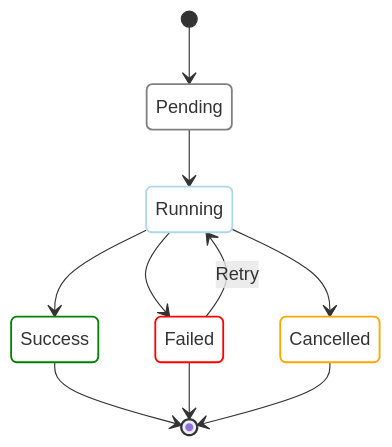
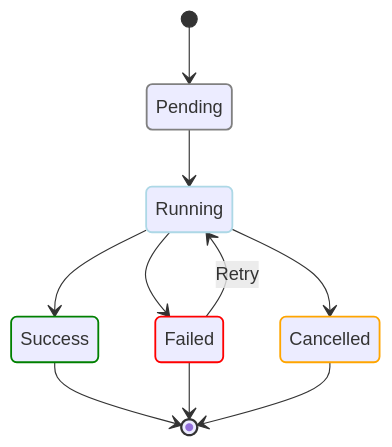
One commit to dagu-org/dagu changed the second of 2 diagrams in docs-next/getting-started/concepts.md. Above: the diagram before and after it, drawn with Mermaid. The commit also changed other lines of this file and 8 other files, not shown here.

````diff
--- a/docs-next/getting-started/concepts.md
+++ b/docs-next/getting-started/concepts.md
@@ -126,24 +126,24 @@
 ```mermaid
 stateDiagram-v2
     [*] --> Pending
     Pending --> Running
     Running --> Success
     Running --> Failed
     Running --> Cancelled
     Failed --> Running: Retry
     Success --> [*]
     Failed --> [*]
     Cancelled --> [*]
     
-    classDef pending fill:white,stroke:gray,stroke-width:1.6px,color:#333
-    classDef running fill:white,stroke:lightblue,stroke-width:1.6px,color:#333
-    classDef success fill:white,stroke:green,stroke-width:1.6px,color:#333
-    classDef failed fill:white,stroke:red,stroke-width:1.6px,color:#333
-    classDef cancelled fill:white,stroke:orange,stroke-width:1.6px,color:#333
+    classDef pending stroke:gray,stroke-width:1.6px,color:#333
+    classDef running stroke:lightblue,stroke-width:1.6px,color:#333
+    classDef success stroke:green,stroke-width:1.6px,color:#333
+    classDef failed stroke:red,stroke-width:1.6px,color:#333
+    classDef cancelled stroke:orange,stroke-width:1.6px,color:#333
     
     class Pending pending
     class Running running
     class Success success
     class Failed failed
     class Cancelled cancelled
 ```
````
